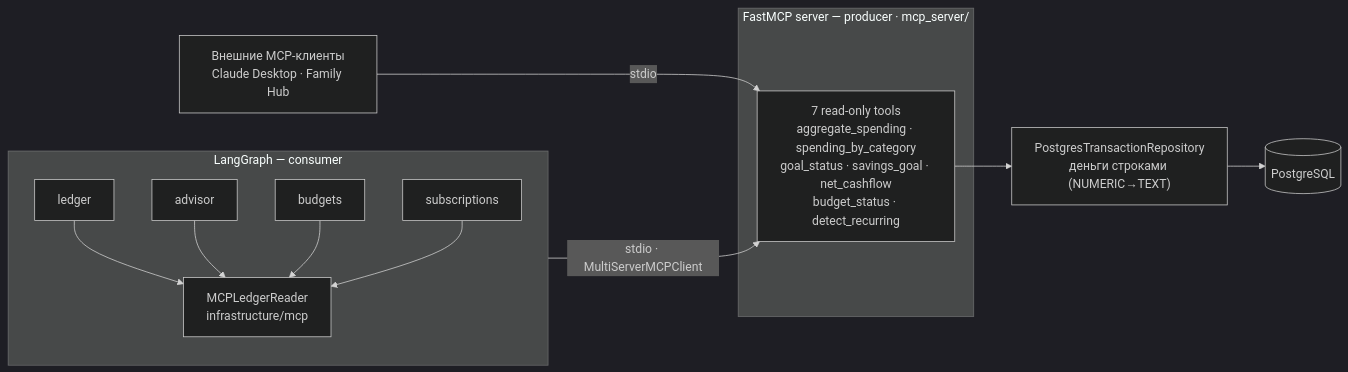
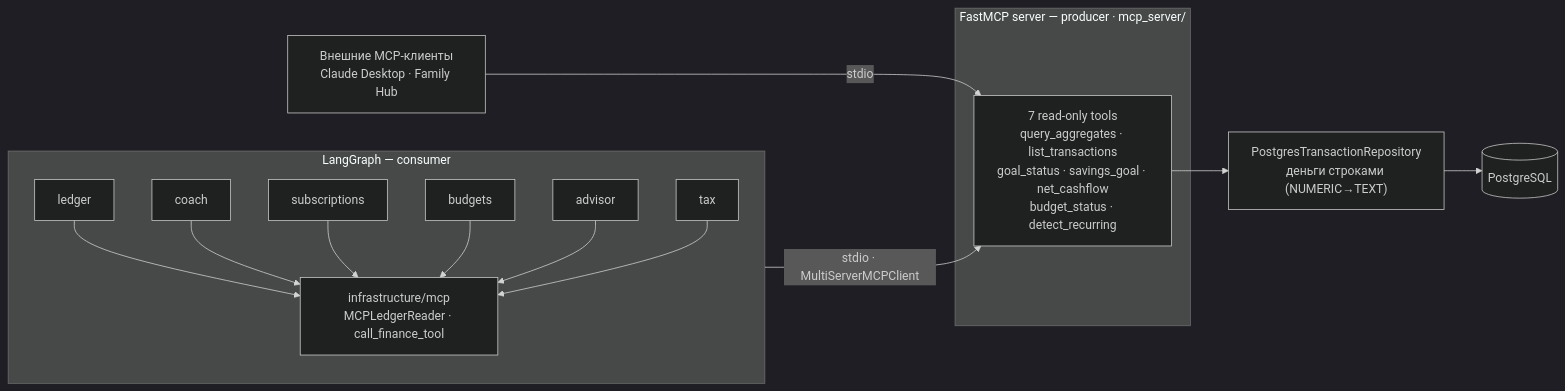
Before and after one commit to Carobey/ff: the second of 2 diagrams in README.md, drawn with Mermaid (dark theme). The commit also changed other lines of this file and 5 other files, not shown here.

````diff
--- a/README.md
+++ b/README.md
@@ -111,27 +155,31 @@
 ```mermaid
 flowchart LR
     subgraph LG["LangGraph — consumer"]
         direction TB
         L[ledger]
+        C[coach]
+        S[subscriptions]
+        B[budgets]
         A[advisor]
-        B[budgets]
-        S[subscriptions]
-        R["MCPLedgerReader<br/>infrastructure/mcp"]
+        T[tax]
+        R["infrastructure/mcp<br/>MCPLedgerReader · call_finance_tool"]
         L --> R
+        C --> R
+        S --> R
+        B --> R
         A --> R
-        B --> R
-        S --> R
+        T --> R
     end
 
     EXT["Внешние MCP-клиенты<br/>Claude Desktop · Family Hub"]
 
     R -->|"stdio · MultiServerMCPClient"| SRV
     EXT -->|stdio| SRV
 
     subgraph MCP["FastMCP server — producer · mcp_server/"]
-        SRV["7 read-only tools<br/>aggregate_spending · spending_by_category<br/>goal_status · savings_goal · net_cashflow<br/>budget_status · detect_recurring"]
+        SRV["7 read-only tools<br/>query_aggregates · list_transactions<br/>goal_status · savings_goal · net_cashflow<br/>budget_status · detect_recurring"]
     end
 
     SRV --> REPO["PostgresTransactionRepository<br/>деньги строками (NUMERIC→TEXT)"]
     REPO --> PG[("PostgreSQL")]
 ```
````
